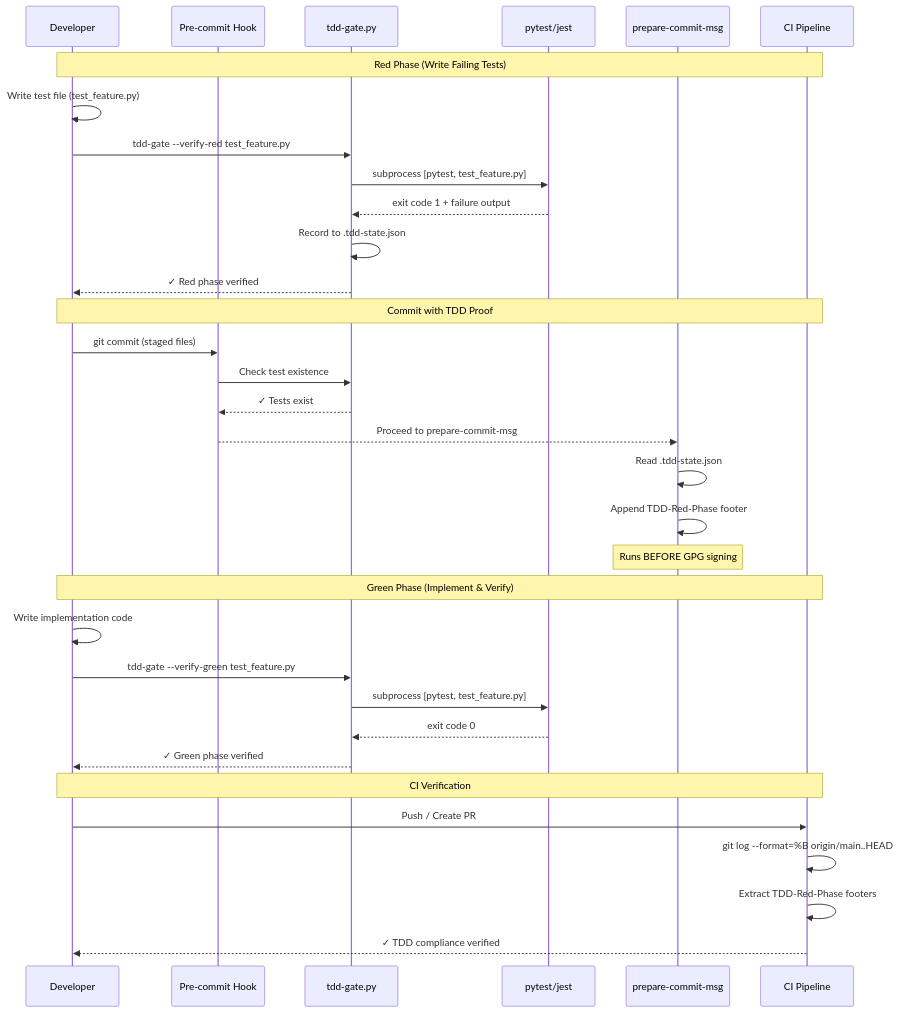
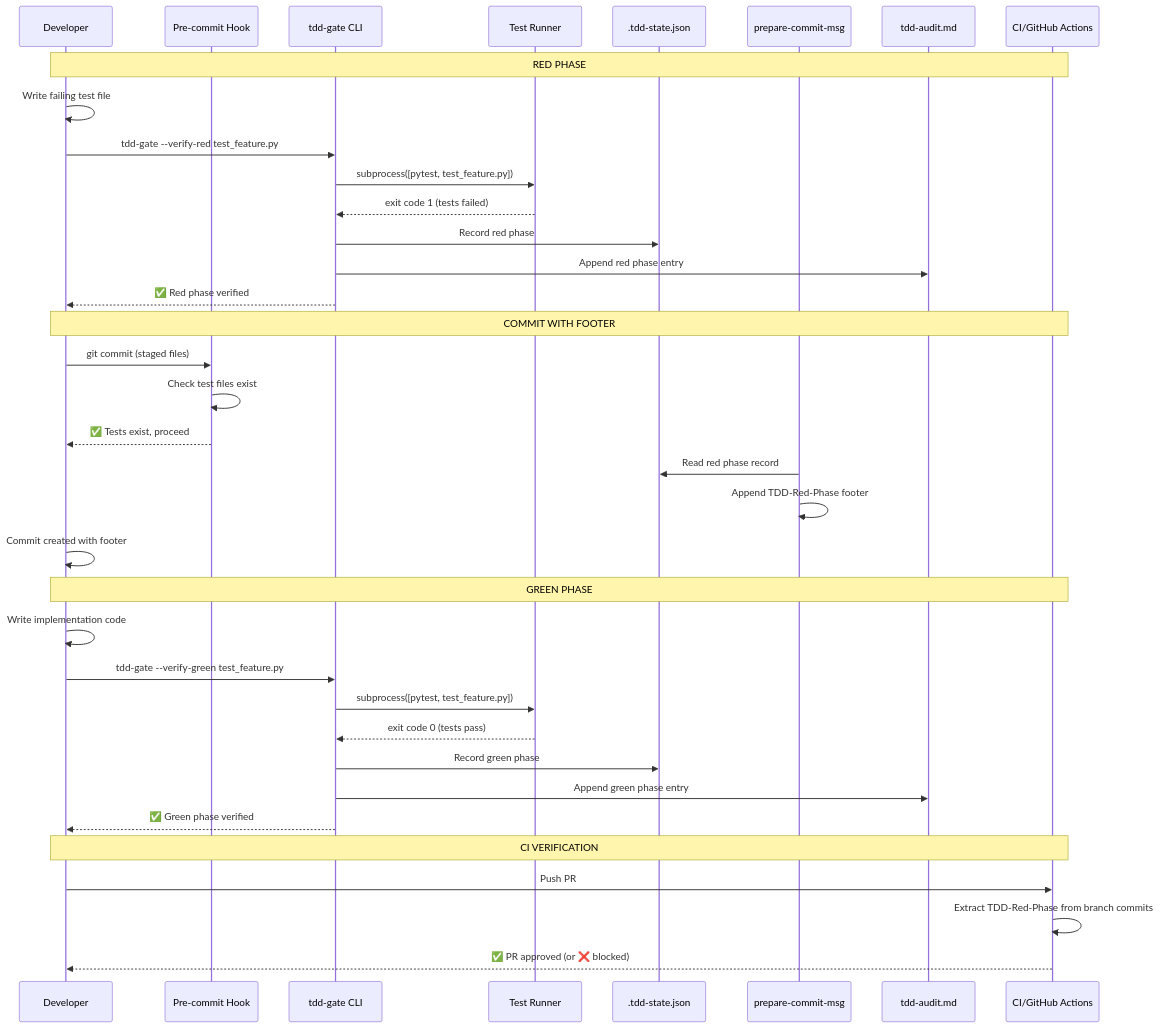
Before and after one commit to martymcenroe/AssemblyZero: the diagram in docs/lineage/active/102-lld/003-draft.md, drawn with Mermaid. The commit also changed other lines of this file and 4 other files, not shown here.

````diff
--- a/docs/lineage/active/102-lld/003-draft.md
+++ b/docs/lineage/active/102-lld/003-draft.md
@@ -713,39 +761,42 @@
 ```mermaid
 sequenceDiagram
     participant Dev as Developer
     participant Hook as Pre-commit Hook
-    participant Gate as tdd-gate.py
-    participant Runner as pytest/jest
+    participant Gate as tdd-gate CLI
+    participant Runner as Test Runner
+    participant State as .tdd-state.json
     participant Msg as prepare-commit-msg
-    participant CI as CI Pipeline
+    participant Audit as tdd-audit.md
+    participant CI as CI/GitHub Actions
 
-    Note over Dev,CI: Red Phase (Write Failing Tests)
-    Dev->>Dev: Write test file (test_feature.py)
+    Note over Dev,CI: RED PHASE
+    Dev->>Dev: Write failing test file
     Dev->>Gate: tdd-gate --verify-red test_feature.py
-    Gate->>Runner: subprocess [pytest, test_feature.py]
-    Runner-->>Gate: exit code 1 + failure output
-    Gate->>Gate: Record to .tdd-state.json
-    Gate-->>Dev: ✓ Red phase verified
+    Gate->>Runner: subprocess([pytest, test_feature.py])
+    Runner-->>Gate: exit code 1 (tests failed)
+    Gate->>State: Record red phase
+    Gate->>Audit: Append red phase entry
+    Gate-->>Dev: ✅ Red phase verified
 
-    Note over Dev,CI: Commit with TDD Proof
+    Note over Dev,CI: COMMIT WITH FOOTER
     Dev->>Hook: git commit (staged files)
-    Hook->>Gate: Check test existence
-    Gate-->>Hook: ✓ Tests exist
-    Hook-->>Msg: Proceed to prepare-commit-msg
-    Msg->>Msg: Read .tdd-state.json
+    Hook->>Hook: Check test files exist
+    Hook-->>Dev: ✅ Tests exist, proceed
+    Msg->>State: Read red phase record
     Msg->>Msg: Append TDD-Red-Phase footer
-    Note over Msg: Runs BEFORE GPG signing
+    Dev->>Dev: Commit created with footer
 
-    Note over Dev,CI: Green Phase (Implement & Verify)
+    Note over Dev,CI: GREEN PHASE
     Dev->>Dev: Write implementation code
     Dev->>Gate: tdd-gate --verify-green test_feature.py
-    Gate->>Runner: subprocess [pytest, test_feature.py]
-    Runner-->>Gate: exit code 0
-    Gate-->>Dev: ✓ Green phase verified
+    Gate->>Runner: subprocess([pytest, test_feature.py])
+    Runner-->>Gate: exit code 0 (tests pass)
+    Gate->>State: Record green phase
+    Gate->>Audit: Append green phase entry
+    Gate-->>Dev: ✅ Green phase verified
 
-    Note over Dev,CI: CI Verification
-    Dev->>CI: Push / Create PR
-    CI->>CI: git log --format=%B origin/main..HEAD
-    CI->>CI: Extract TDD-Red-Phase footers
-    CI-->>Dev: ✓ TDD compliance verified
+    Note over Dev,CI: CI VERIFICATION
+    Dev->>CI: Push PR
+    CI->>CI: Extract TDD-Red-Phase from branch commits
+    CI-->>Dev: ✅ PR approved (or ❌ blocked)
 ```
````
